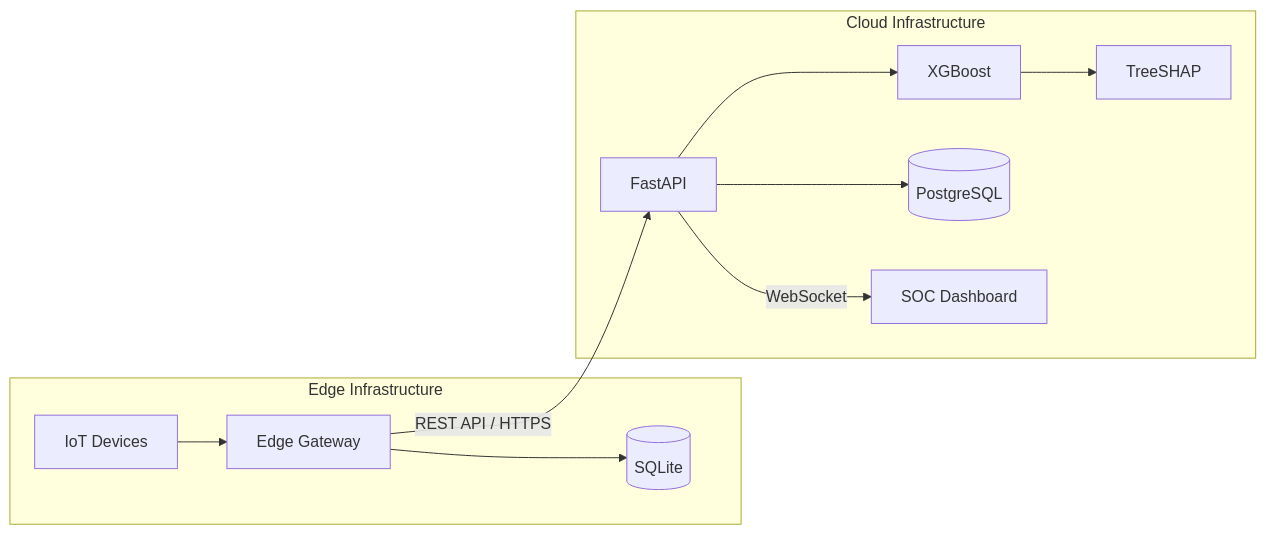
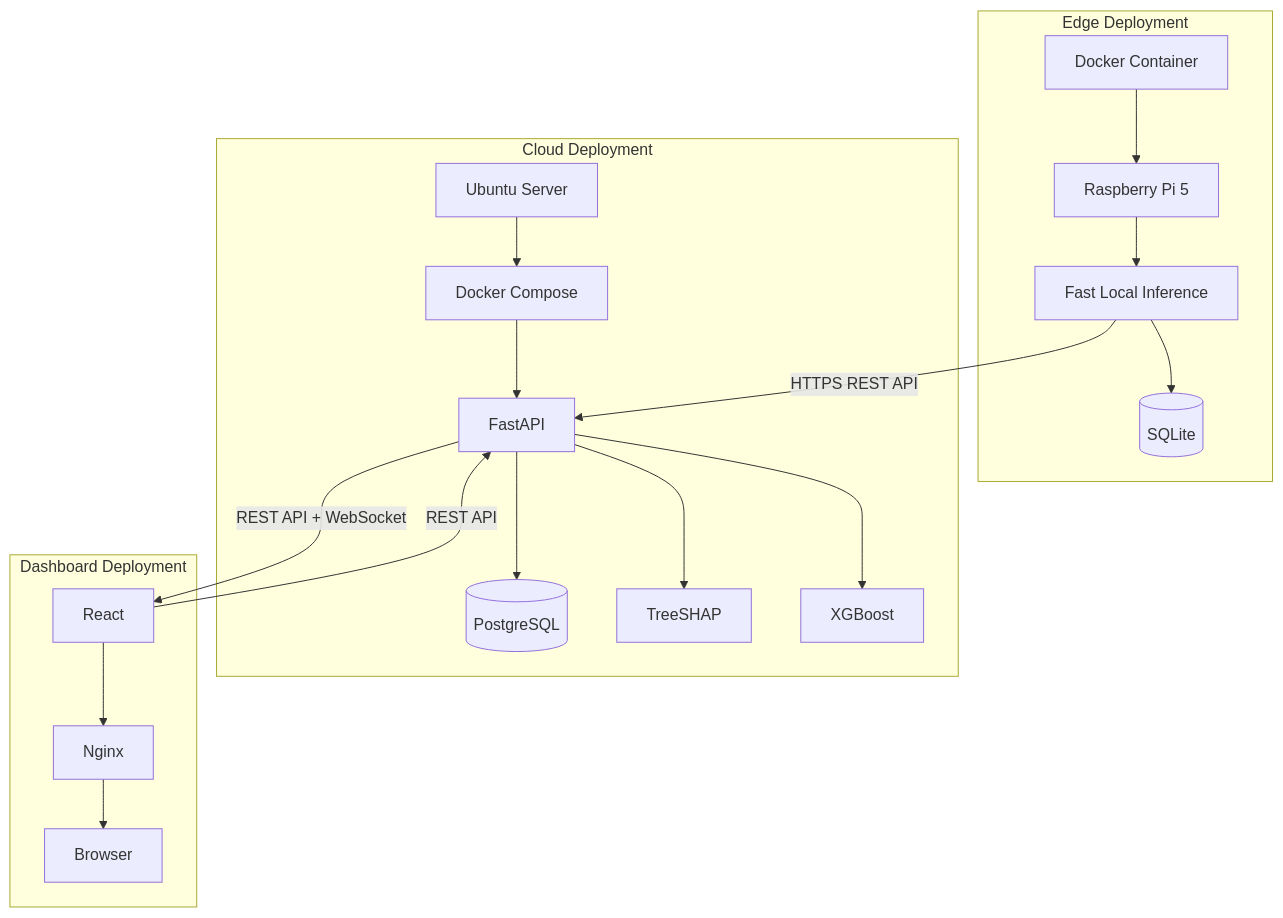
One commit to AtharvaVavhal/aecids changed the fifth of 7 diagrams in README.md. Above: the diagram before and after it, drawn with Mermaid. The commit also changed other lines of this file, not shown here.

````diff
--- a/README.md
+++ b/README.md
@@ -307,14 +330,22 @@
 ```mermaid
-graph LR
-    subgraph Edge Infrastructure
-        IoT[IoT Devices] --> GW[Edge Gateway]
-        GW --> DB1[(SQLite)]
+graph TD
+    subgraph Edge["Edge Deployment"]
+        E1[Docker Container] --> E2["Raspberry Pi 5"]
+        E2 --> E3[Fast Local Inference]
+        E3 --> DB1[(SQLite)]
     end
-    subgraph Cloud Infrastructure
-        API[FastAPI] --> ML[XGBoost]
-        ML --> SHAP[TreeSHAP]
-        API --> DB2[(PostgreSQL)]
-        API -->|WebSocket| SOC[SOC Dashboard]
+    subgraph Cloud["Cloud Deployment"]
+        C1["Ubuntu Server"] --> C2["Docker Compose"]
+        C2 --> C3[FastAPI]
+        C3 --> C4[(PostgreSQL)]
+        C3 --> C5[TreeSHAP]
+        C3 --> C6[XGBoost]
     end
-    GW -->|"REST API / HTTPS"| API
+    subgraph Dashboard["Dashboard Deployment"]
+        D1[React] --> D2[Nginx]
+        D2 --> D3[Browser]
+    end
+    E3 -->|"HTTPS REST API"| C3
+    C3 -->|"REST API + WebSocket"| D1
+    D1 -->|"REST API"| C3
 ```
````
